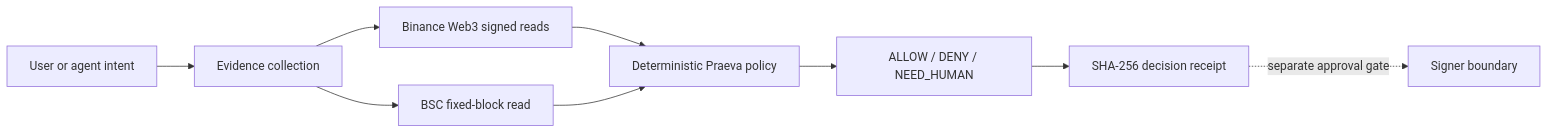
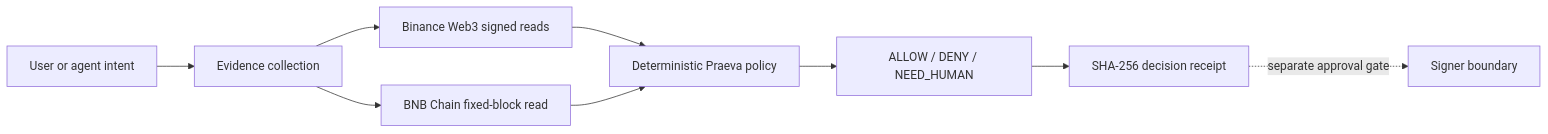
Before and after one commit to dyplux/bnb-tokenized-stocks-2026: the diagram in JUDGE.md, drawn with Mermaid. The commit also changed other lines of this file and 31 other files, not shown here.

````diff
--- a/JUDGE.md
+++ b/JUDGE.md
@@ -17,11 +17,11 @@
 ```mermaid
 flowchart LR
     A[User or agent intent] --> E[Evidence collection]
     E --> B[Binance Web3 signed reads]
-    E --> C[BSC fixed-block read]
+    E --> C[BNB Chain fixed-block read]
     B --> P[Deterministic Praeva policy]
     C --> P
     P --> D[ALLOW / DENY / NEED_HUMAN]
     D --> R[SHA-256 decision receipt]
     R -. separate approval gate .-> S[Signer boundary]
 ```
````
